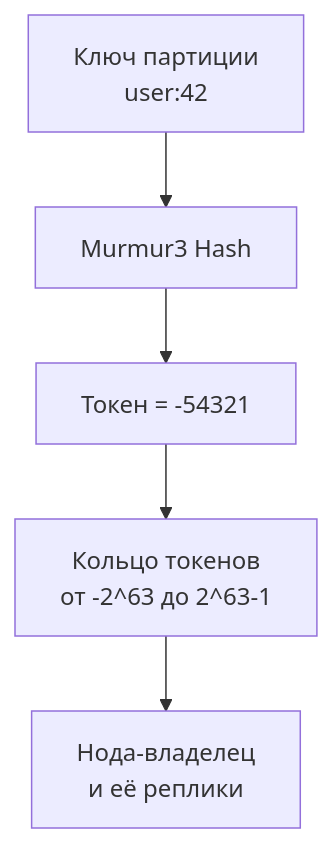
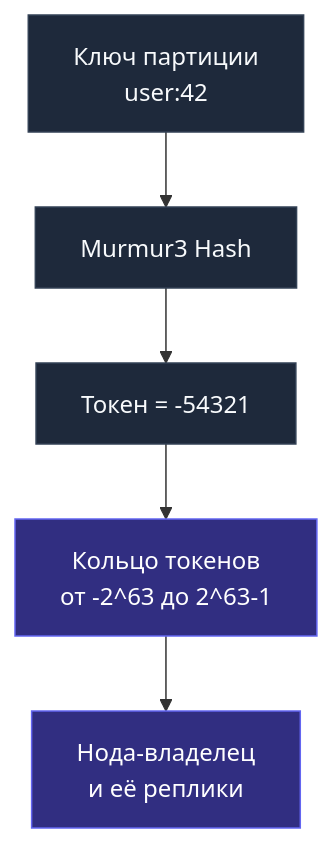
The first of 3 diagrams in sources/12. Базы данных/09. NoSQL базы/10. Cassandra архитектура.md (UnrealTemplier/go-textbook), drawn with Mermaid before and after one commit. The commit also changed other lines of this file, not shown here.

````diff
--- a/sources/12. Базы данных/09. NoSQL базы/10. Cassandra архитектура.md
+++ b/sources/12. Базы данных/09. NoSQL базы/10. Cassandra архитектура.md
@@ -11,7 +15,11 @@
 ```mermaid
 flowchart TD
     K["Ключ партиции<br>user:42"] --> Hash["Murmur3 Hash"]
     Hash --> Token["Токен = -54321"]
     Token --> Ring["Кольцо токенов<br>от -2^63 до 2^63-1"]
     Ring --> Owner["Нода-владелец<br>и её реплики"]
+
+    classDef default fill:#1e293b,stroke:#334155,color:#f8fafc;
+    classDef ring fill:#312e81,stroke:#6366f1,color:#ffffff;
+    class Ring,Owner ring;
 ```
````
